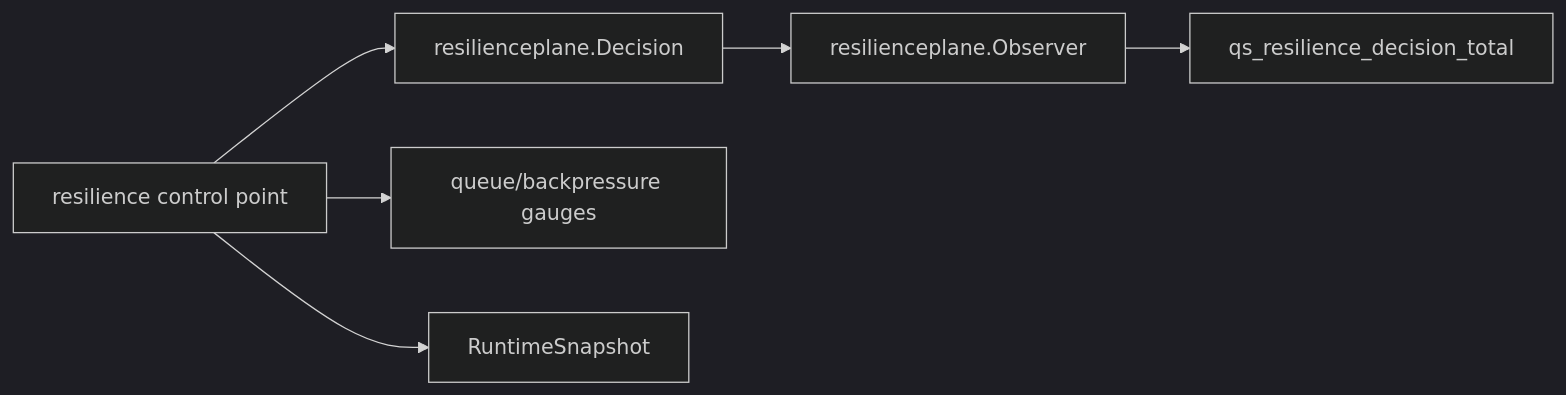
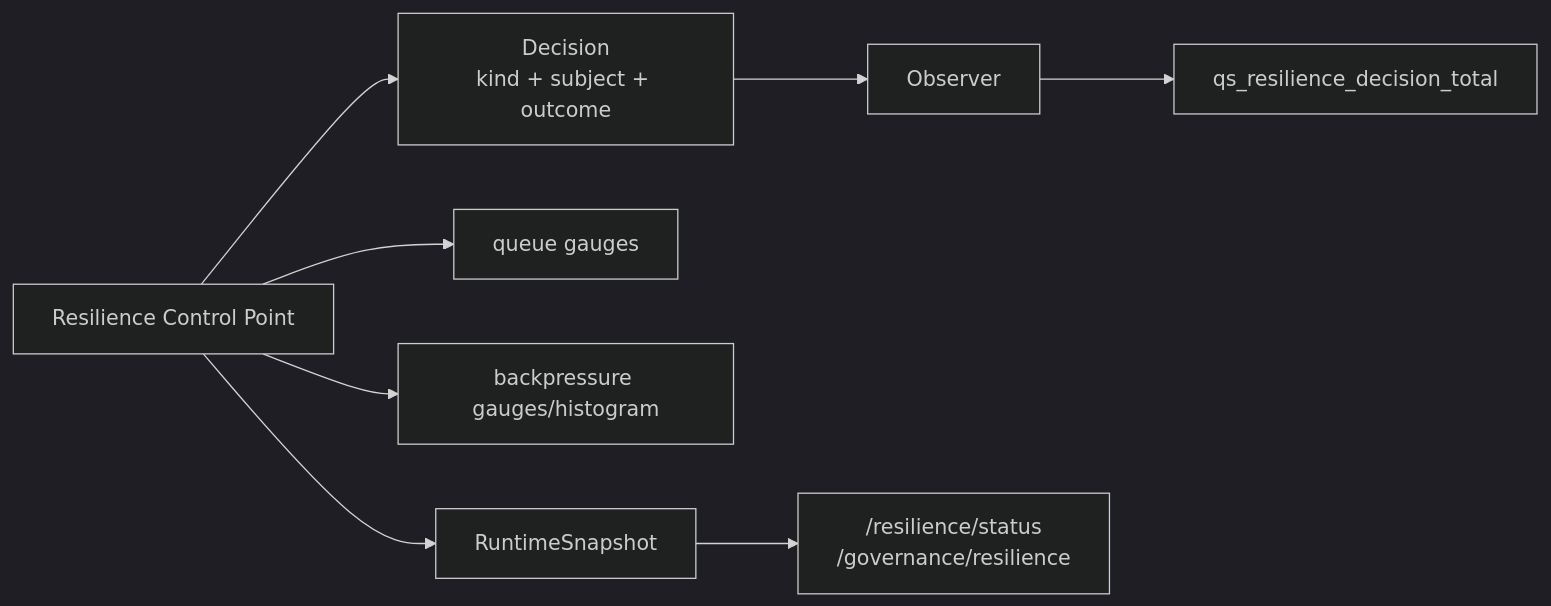
The first of 2 diagrams in docs/03-基础设施/resilience/05-观测降级与排障.md (FangcunMount/qs-server), drawn with Mermaid (dark theme) before and after one commit. The commit also changed other lines of this file and 8 other files, not shown here.

````diff
--- a/docs/03-基础设施/resilience/05-观测降级与排障.md
+++ b/docs/03-基础设施/resilience/05-观测降级与排障.md
@@ -43,13 +29,16 @@
 ```mermaid
 flowchart LR
-    code["resilience control point"]
-    decision["resilienceplane.Decision"]
-    observer["resilienceplane.Observer"]
-    prom["qs_resilience_decision_total"]
-    gauges["queue/backpressure gauges"]
-    status["RuntimeSnapshot"]
+    control["Resilience Control Point"]
+    decision["Decision<br/>kind + subject + outcome"]
+    observer["Observer"]
+    counter["qs_resilience_decision_total"]
+    queue["queue gauges"]
+    bp["backpressure gauges/histogram"]
+    snapshot["RuntimeSnapshot"]
+    endpoint["/resilience/status<br/>/governance/resilience"]
 
-    code --> decision --> observer --> prom
-    code --> gauges
-    code --> status
+    control --> decision --> observer --> counter
+    control --> queue
+    control --> bp
+    control --> snapshot --> endpoint
 ```
````
